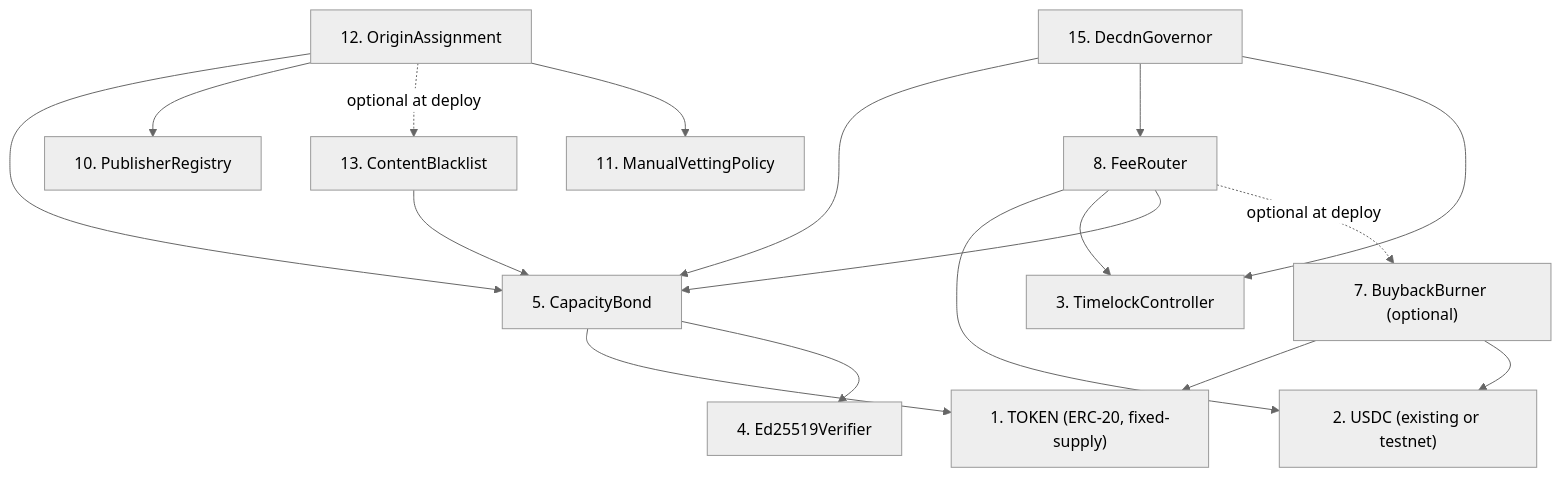
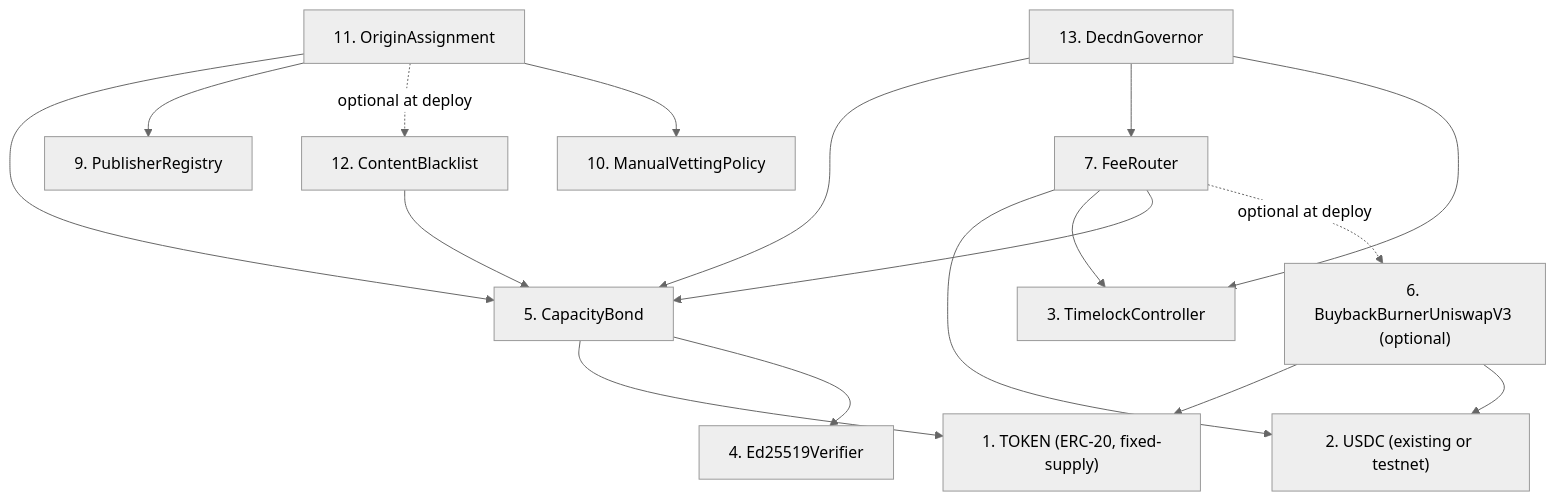
Before and after one commit to decdn/decdn: the second of 5 diagrams in adr/016-contract-interactions.md, drawn with Mermaid (neutral theme). The commit also changed 50 other files, not shown here.

````diff
--- a/adr/016-contract-interactions.md
+++ b/adr/016-contract-interactions.md
@@ -326,32 +326,32 @@
 ```mermaid
 graph TD
     TOKEN["1. TOKEN (ERC-20, fixed-supply)"]
     USDC["2. USDC (existing or testnet)"]
     TL["3. TimelockController"]
     ED["4. Ed25519Verifier"]
     CBOND["5. CapacityBond"]
-    BB["7. BuybackBurner (optional)"]
-    FR["8. FeeRouter"]
-    PR["10. PublisherRegistry"]
-    MVP["11. ManualVettingPolicy"]
-    OA["12. OriginAssignment"]
-    CB["13. ContentBlacklist"]
-    GOV["15. DecdnGovernor"]
+    BB["6. BuybackBurnerUniswapV3 (optional)"]
+    FR["7. FeeRouter"]
+    PR["9. PublisherRegistry"]
+    MVP["10. ManualVettingPolicy"]
+    OA["11. OriginAssignment"]
+    CB["12. ContentBlacklist"]
+    GOV["13. DecdnGovernor"]
 
     CBOND --> TOKEN
     CBOND --> ED
     BB --> TOKEN
     BB --> USDC
     FR --> USDC
     FR --> TL
     FR --> CBOND
     FR -.->|"optional at deploy"| BB
     OA --> CBOND
     OA --> PR
     OA -.->|"optional at deploy"| CB
     OA --> MVP
     CB --> CBOND
     GOV --> CBOND
     GOV --> FR
     GOV --> TL
 ```
````
